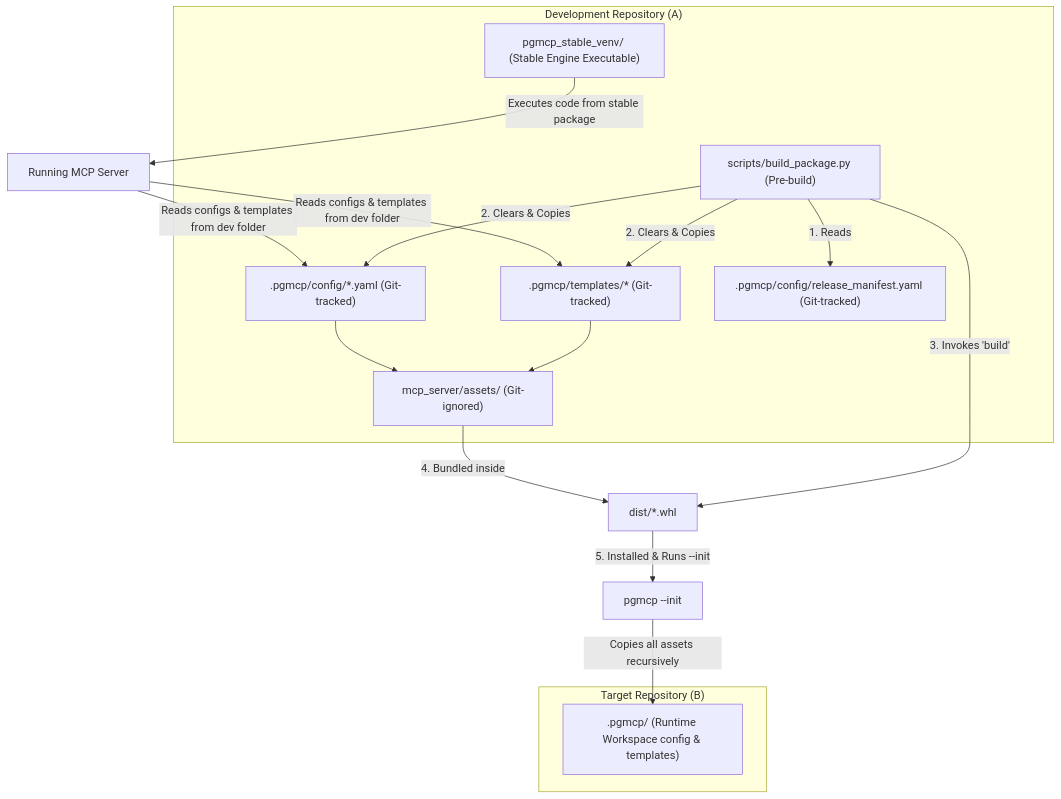
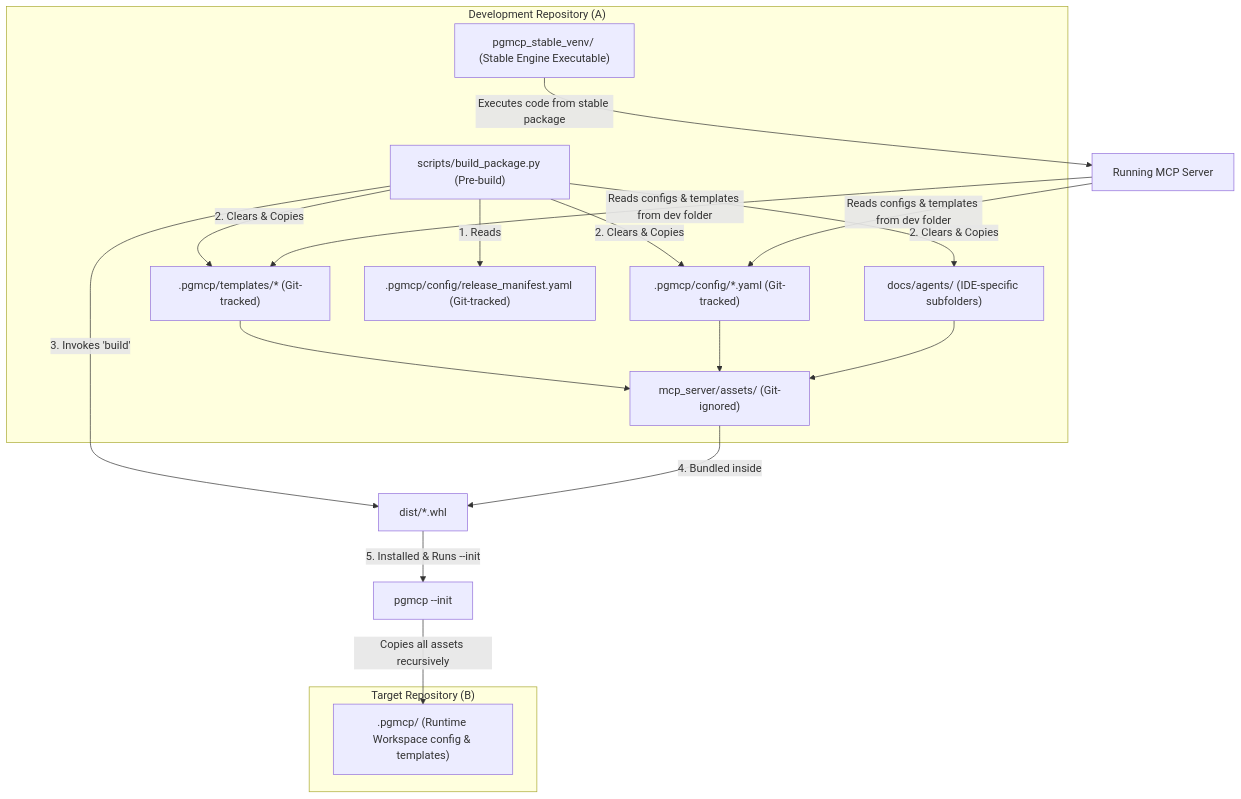
Before and after one commit to MikeyVK/phase-gate-mcp: the diagram in docs/development/issue420/design.md, drawn with Mermaid. The commit also changed other lines of this file, not shown here.

Commit message:
docs(P_DESIGN): Update design with IDE-specific agent layouts and architectural compliance for build script (#420) (#420)

````diff
--- a/docs/development/issue420/design.md
+++ b/docs/development/issue420/design.md
@@ -82,34 +83,37 @@
 ```mermaid
 graph TD
     %% Workspace Definitions
     subgraph DevWorkspace ["Development Repository (A)"]
         SourceTemplates[".pgmcp/templates/* (Git-tracked)"]
         SourceConfig[".pgmcp/config/*.yaml (Git-tracked)"]
         Manifest[".pgmcp/config/release_manifest.yaml (Git-tracked)"]
+        AgentDocs["docs/agents/ (IDE-specific subfolders)"]
         BuildScript["scripts/build_package.py (Pre-build)"]
         GeneratedAssets["mcp_server/assets/ (Git-ignored)"]
         DevVenv["pgmcp_stable_venv/ (Stable Engine Executable)"]
     end
 
     subgraph TargetWorkspace ["Target Repository (B)"]
         TargetPgmcp[".pgmcp/ (Runtime Workspace config & templates)"]
     end
 
     %% Build Pipeline Flow
     BuildScript -->|1. Reads| Manifest
     BuildScript -->|2. Clears & Copies| SourceTemplates
     BuildScript -->|2. Clears & Copies| SourceConfig
+    BuildScript -->|2. Clears & Copies| AgentDocs
     SourceTemplates --> GeneratedAssets
     SourceConfig --> GeneratedAssets
+    AgentDocs --> GeneratedAssets
     BuildScript -->|3. Invokes 'build'| Wheel["dist/*.whl"]
     GeneratedAssets -->|4. Bundled inside| Wheel
 
     %% Runtime Bootstrapping Flow
     DevVenv -->|Executes code from stable package| RunningServer["Running MCP Server"]
     RunningServer -->|Reads configs & templates from dev folder| SourceConfig
     RunningServer -->|Reads configs & templates from dev folder| SourceTemplates
 
     %% Target Init Flow
     Wheel -->|5. Installed & Runs --init| TargetInit["pgmcp --init"]
     TargetInit -->|Copies all assets recursively| TargetPgmcp
 ```
````
